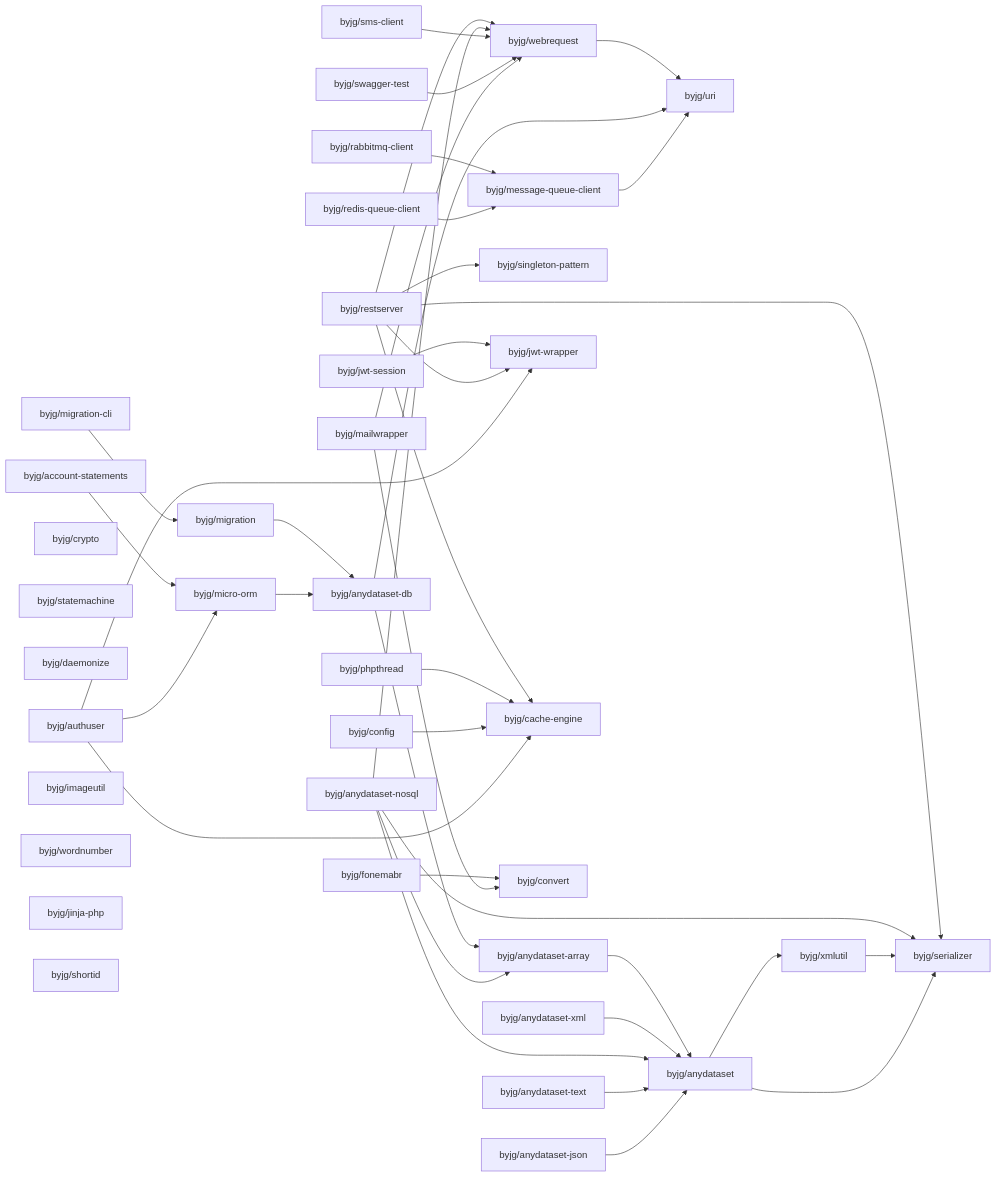
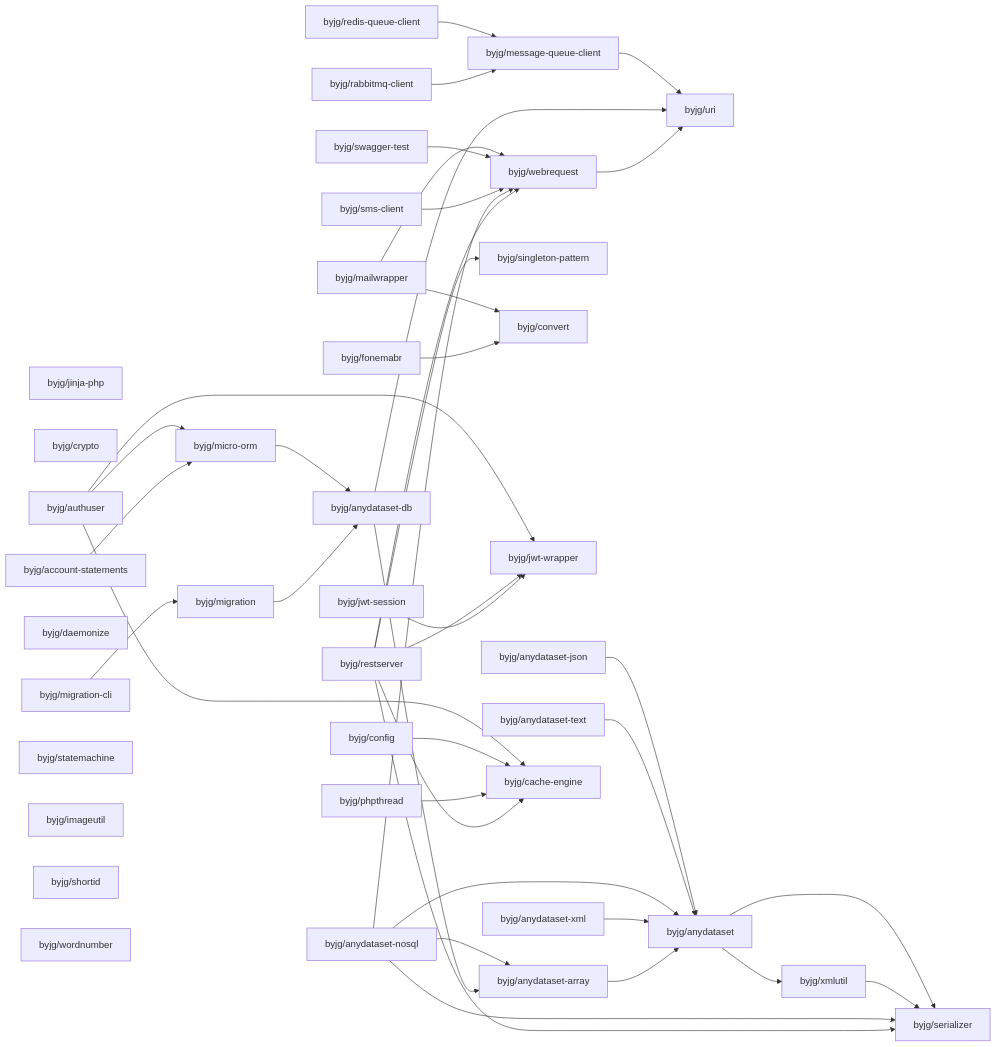
Before and after one commit to byjg/byjg.github.io: the diagram in docs/php/README.md, drawn with Mermaid. The commit also changed other lines of this file, not shown here.

Commit message:
Update documentation 'php' 'php-jinja'

````diff
--- a/docs/php/README.md
+++ b/docs/php/README.md
@@ -3,78 +3,78 @@
 ```mermaid
 graph LR;
-  byjg/sms-client;
+  byjg/redis-queue-client;
+  byjg/anydataset-json;
+  byjg/restserver;
+  byjg/jinja-php;
   byjg/swagger-test;
-  byjg/migration-cli;
-  byjg/account-statements;
+  byjg/fonemabr;
   byjg/anydataset-text;
   byjg/crypto;
+  byjg/anydataset-nosql;
+  byjg/jwt-session;
+  byjg/mailwrapper;
+  byjg/migration-cli;
+  byjg/authuser;
+  byjg/daemonize;
+  byjg/account-statements;
   byjg/statemachine;
-  byjg/fonemabr;
+  byjg/phpthread;
+  byjg/imageutil;
+  byjg/shortid;
   byjg/anydataset-xml;
+  byjg/rabbitmq-client;
+  byjg/wordnumber;
+  byjg/sms-client;
   byjg/config;
-  byjg/redis-queue-client;
-  byjg/daemonize;
-  byjg/restserver;
-  byjg/authuser;
-  byjg/imageutil;
-  byjg/rabbitmq-client;
-  byjg/jwt-session;
-  byjg/wordnumber;
-  byjg/phpthread;
-  byjg/anydataset-json;
-  byjg/anydataset-nosql;
-  byjg/jinja-php;
-  byjg/mailwrapper;
-  byjg/shortid;
+  byjg/singleton-pattern;
+  byjg/convert;
   byjg/migration;
-  byjg/singleton-pattern;
+  byjg/jwt-wrapper;
   byjg/micro-orm;
   byjg/message-queue-client;
-  byjg/jwt-wrapper;
+  byjg/webrequest;
   byjg/cache-engine;
-  byjg/convert;
-  byjg/webrequest;
   byjg/anydataset-db;
   byjg/anydataset-array;
   byjg/uri;
   byjg/anydataset;
   byjg/xmlutil;
   byjg/serializer;
   byjg/account-statements --> byjg/micro-orm;
   byjg/fonemabr --> byjg/convert;
   byjg/webrequest --> byjg/uri;
   byjg/anydataset-array --> byjg/anydataset;
   byjg/anydataset-xml --> byjg/anydataset;
   byjg/rabbitmq-client --> byjg/message-queue-client;
   byjg/redis-queue-client --> byjg/message-queue-client;
   byjg/jwt-session --> byjg/jwt-wrapper;
   byjg/anydataset-db --> byjg/anydataset-array;
   byjg/anydataset-db --> byjg/uri;
   byjg/restserver --> byjg/serializer;
   byjg/restserver --> byjg/singleton-pattern;
   byjg/restserver --> byjg/cache-engine;
   byjg/restserver --> byjg/webrequest;
   byjg/restserver --> byjg/jwt-wrapper;
   byjg/migration --> byjg/anydataset-db;
   byjg/anydataset-nosql --> byjg/anydataset;
   byjg/anydataset-nosql --> byjg/anydataset-array;
   byjg/anydataset-nosql --> byjg/serializer;
   byjg/anydataset-nosql --> byjg/webrequest;
   byjg/phpthread --> byjg/cache-engine;
   byjg/sms-client --> byjg/webrequest;
   byjg/swagger-test --> byjg/webrequest;
   byjg/migration-cli --> byjg/migration;
   byjg/config --> byjg/cache-engine;
   byjg/anydataset-text --> byjg/anydataset;
   byjg/micro-orm --> byjg/anydataset-db;
   byjg/authuser --> byjg/micro-orm;
   byjg/authuser --> byjg/cache-engine;
   byjg/authuser --> byjg/jwt-wrapper;
   byjg/anydataset-json --> byjg/anydataset;
   byjg/mailwrapper --> byjg/convert;
   byjg/mailwrapper --> byjg/webrequest;
   byjg/xmlutil --> byjg/serializer;
   byjg/anydataset --> byjg/serializer;
   byjg/anydataset --> byjg/xmlutil;
   byjg/message-queue-client --> byjg/uri;
 ```
````
